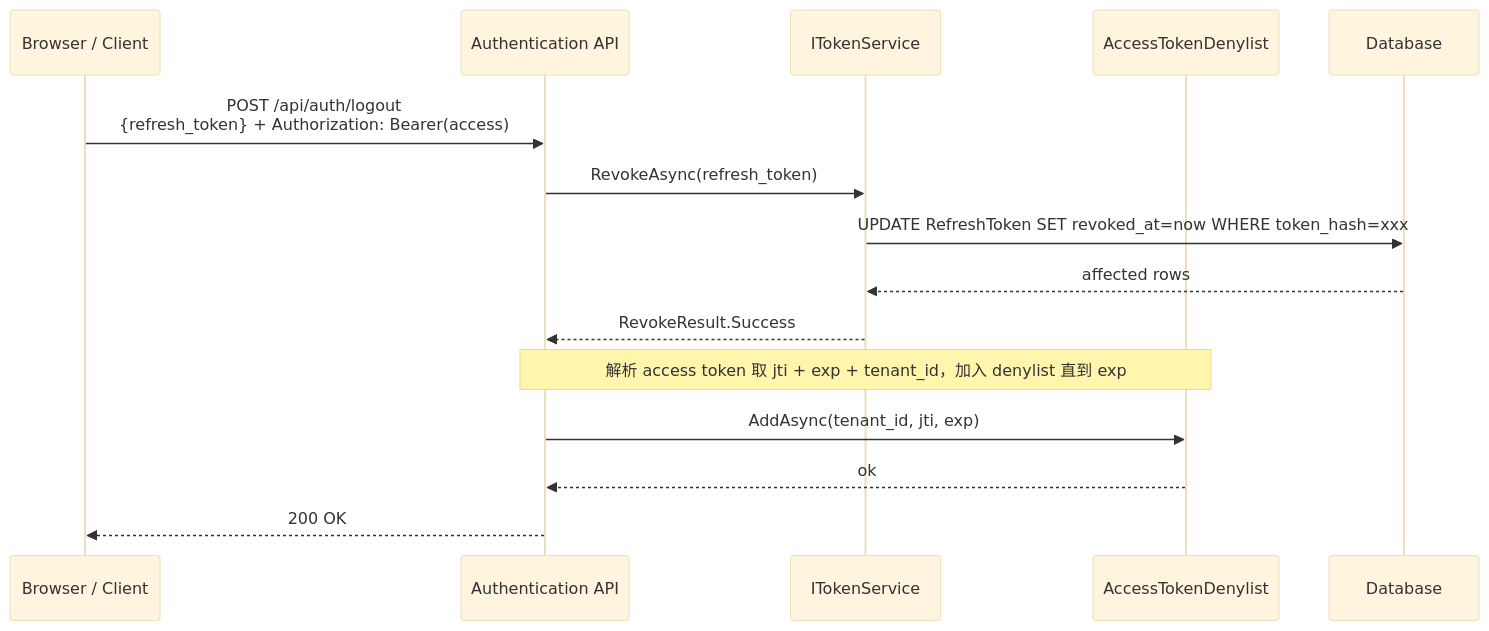
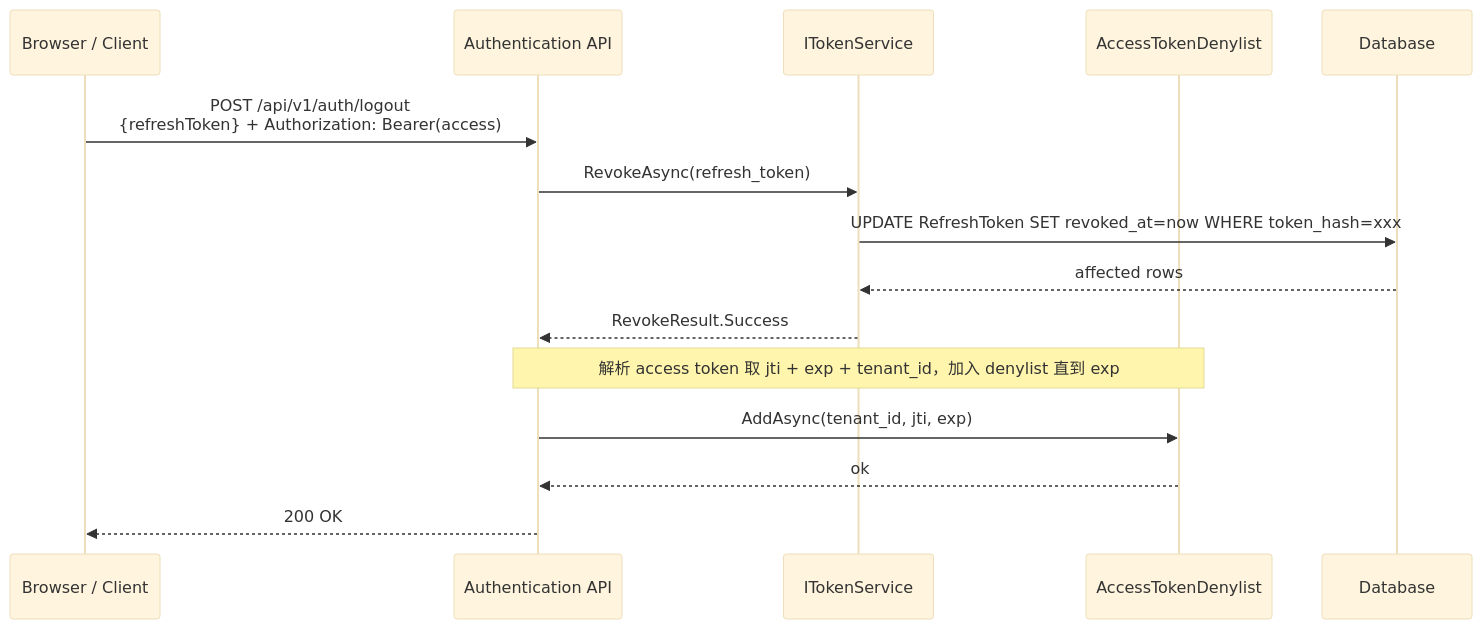
The seventh of 12 diagrams in docs/SequenceDiagrams.md (Bird73/Service), drawn with Mermaid (base theme) before and after one commit. The commit also changed other lines of this file and 15 other files, not shown here.

````diff
--- a/docs/SequenceDiagrams.md
+++ b/docs/SequenceDiagrams.md
@@ -248,20 +250,20 @@
 ```mermaid
 sequenceDiagram
     participant B as Browser / Client
     participant API as Authentication API
     participant TS as ITokenService
     participant DL as AccessTokenDenylist
     participant DB as Database
 
-    B->>API: POST /api/auth/logout<br/>{refresh_token} + Authorization: Bearer(access)
+    B->>API: POST /api/v1/auth/logout<br/>{refreshToken} + Authorization: Bearer(access)
     API->>TS: RevokeAsync(refresh_token)
     TS->>DB: UPDATE RefreshToken SET revoked_at=now WHERE token_hash=xxx
     DB-->>TS: affected rows
     TS-->>API: RevokeResult.Success
 
     note over API,DL: 解析 access token 取 jti + exp + tenant_id，加入 denylist 直到 exp
     API->>DL: AddAsync(tenant_id, jti, exp)
     DL-->>API: ok
 
     API-->>B: 200 OK
 ```
````
